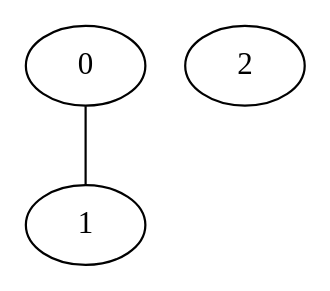
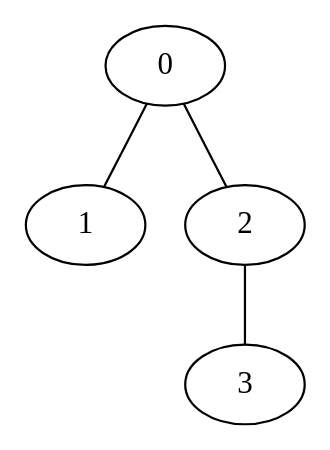
Before and after one commit to DSMishler/EBA_models: the diagram in EBA_graphviz/testrun/sim0005.dot, drawn with Graphviz. The commit also changed 729 other files, not shown here.

Commit message:
back and forth communication is now graphed

```diff
--- a/EBA_graphviz/testrun/sim0005.dot
+++ b/EBA_graphviz/testrun/sim0005.dot
@@ -1,8 +1,11 @@
 // network test graph
 digraph
 {
 	0 []
 	1 []
 	2 []
+	3 []
 	0 -> 1 [dir=none]
+	0 -> 2 [dir=none]
+	2 -> 3 [dir=none]
 }
```
